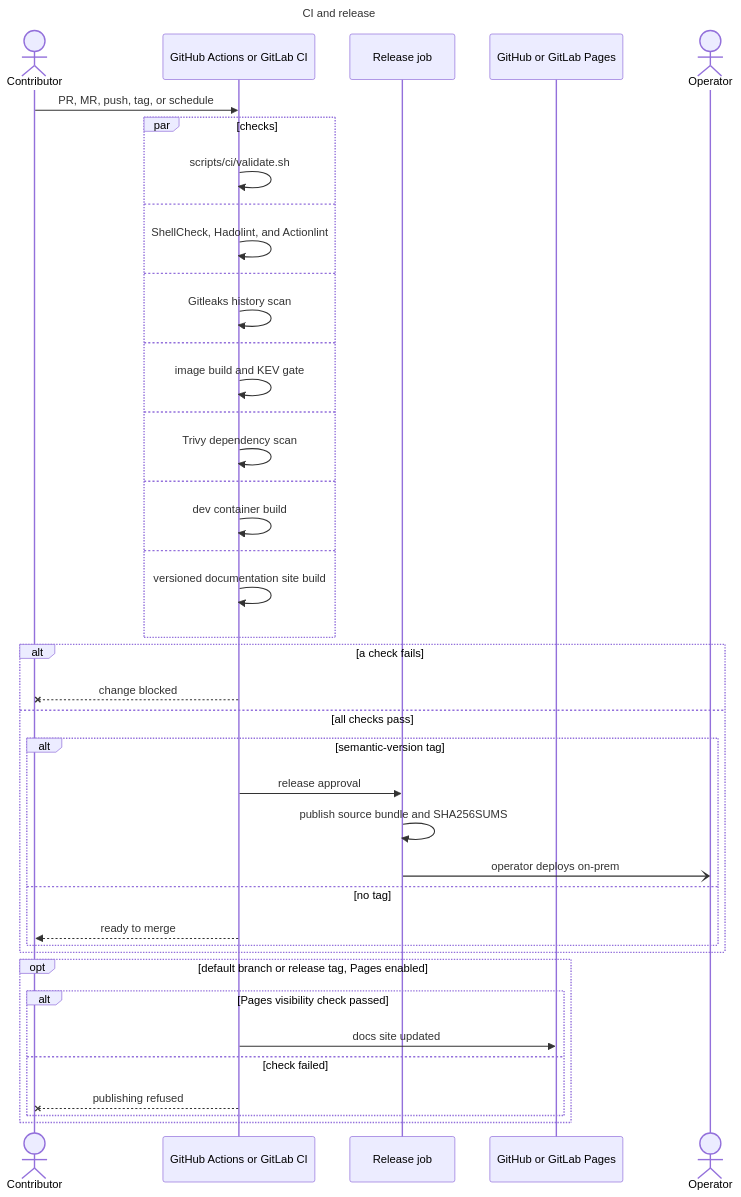
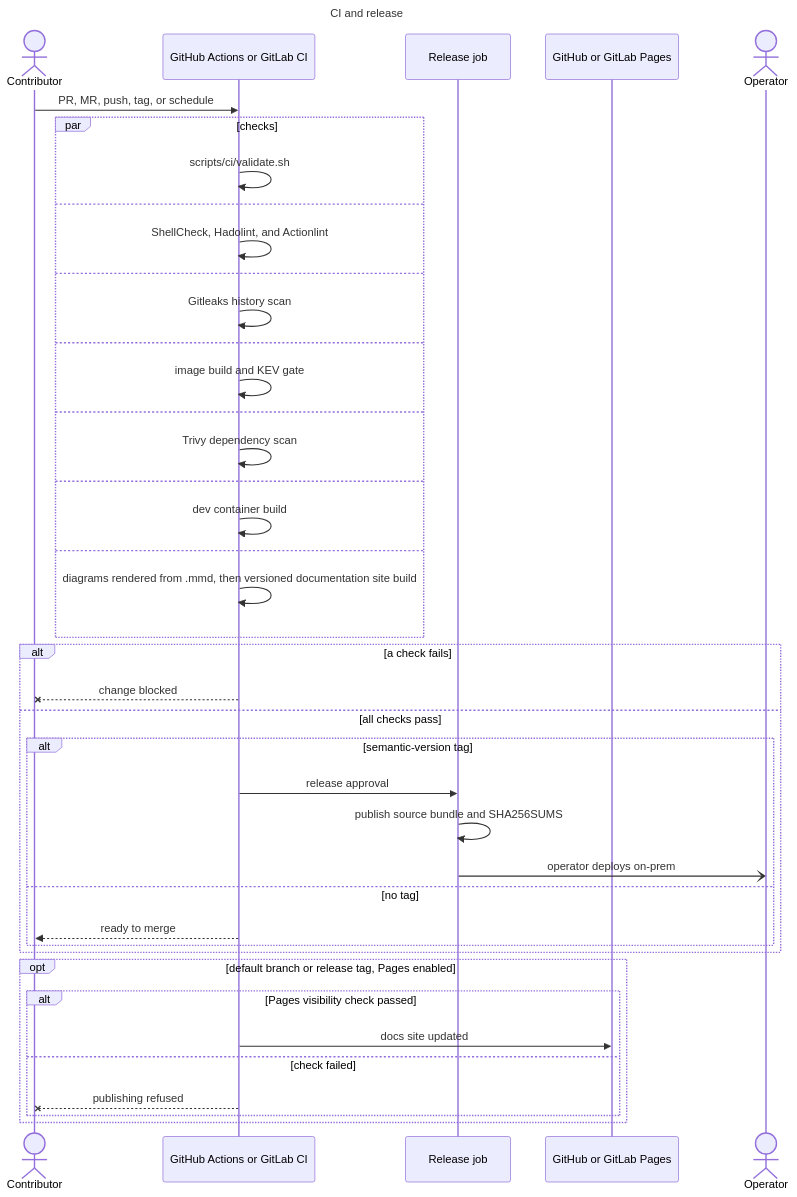
Before and after one commit to bella-1337/effective-spoon: the diagram in diagrams/20-ci-release-flow.mmd, drawn with Mermaid. The commit also changed 40 other files, not shown here.

First line of the commit message:
Render the diagrams in CI instead of committing the HTML

```diff
--- a/diagrams/20-ci-release-flow.mmd
+++ b/diagrams/20-ci-release-flow.mmd
@@ -1,50 +1,50 @@
 ---
 title: CI and release
 ---
 sequenceDiagram
   %% Source for 20-ci-release-flow.html. Edit this file, then run ./scripts/render-diagrams.py.
   %% Directives: docs in diagrams/README.md (Updating diagrams).
   %% @subtitle Identical GitHub Actions and GitLab CI pipelines, the documentation site, and where a human still deploys
   %% @type cloud: CI
   %% @type security: REL
   %% @type external: PAGES
   actor DEV as Contributor
   participant CI as GitHub Actions or GitLab CI
   participant REL as Release job
   participant PAGES as GitHub or GitLab Pages
   actor OP as Operator
 
   DEV->>CI: PR, MR, push, tag, or schedule
   par checks
     CI->>CI: scripts/ci/validate.sh
   and
     CI->>CI: ShellCheck, Hadolint, and Actionlint
   and
     CI->>CI: Gitleaks history scan
   and
     CI->>CI: image build and KEV gate
   and
     CI->>CI: Trivy dependency scan
   and
     CI->>CI: dev container build
   and
-    CI->>CI: versioned documentation site build
+    CI->>CI: diagrams rendered from .mmd, then versioned documentation site build
   end
   alt a check fails
     CI--xDEV: change blocked
   else all checks pass
     alt semantic-version tag
       CI->>REL: release approval
       REL->>REL: publish source bundle and SHA256SUMS
       REL-)OP: operator deploys on-prem
     else no tag
       CI-->>DEV: ready to merge
     end
   end
   opt default branch or release tag, Pages enabled
     alt Pages visibility check passed
       CI->>PAGES: docs site updated
     else check failed
       CI--xDEV: publishing refused
     end
   end
```
